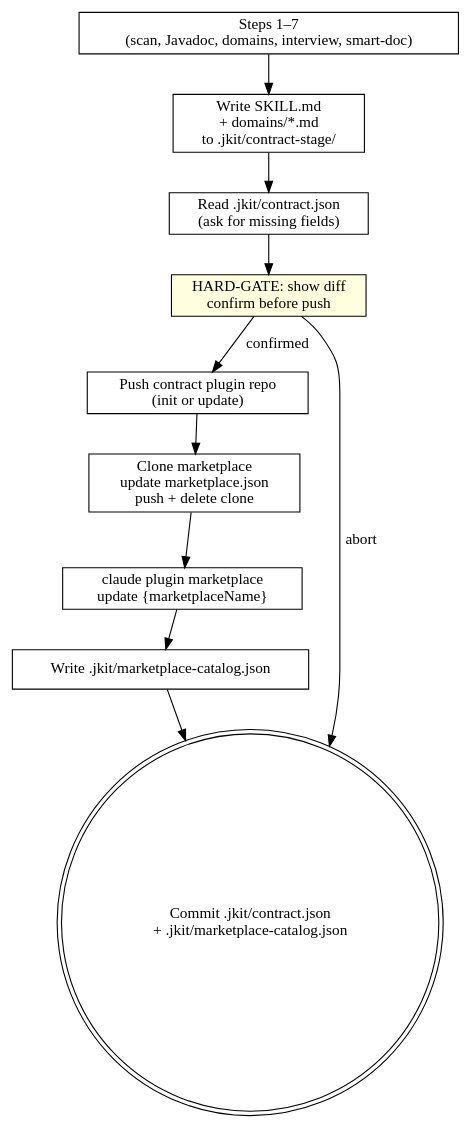
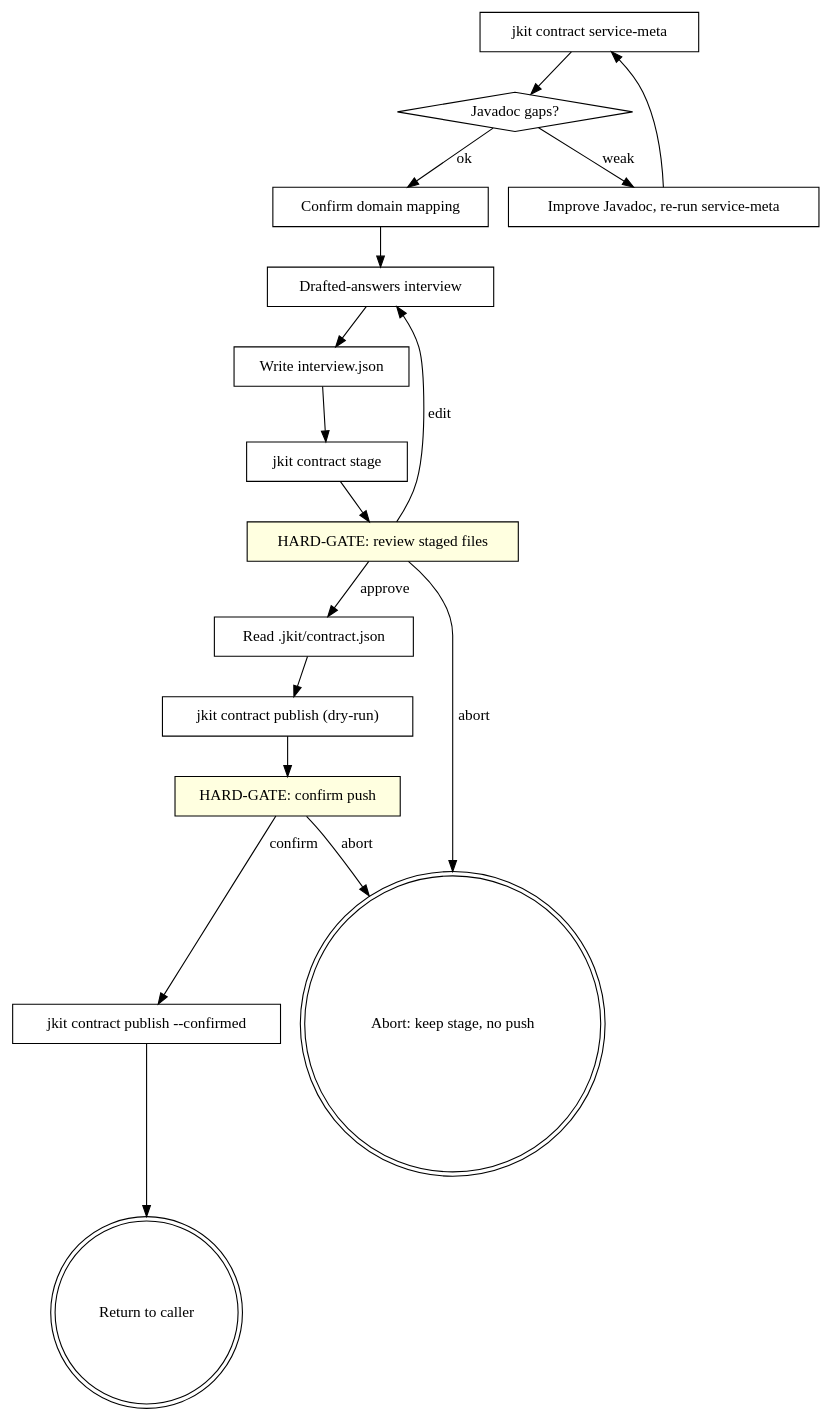
Before and after one commit to honghaowuu/jkit: the diagram in skills/publish-contract/SKILL.md, drawn with Graphviz. The commit also changed other lines of this file and 6 other files, not shown here.

First line of the commit message:
feat: add jkit contract PRD; rewrite publish-contract skill

````diff
--- a/skills/publish-contract/SKILL.md
+++ b/skills/publish-contract/SKILL.md
@@ -29,23 +35,35 @@
 ```dot
-digraph publish_contract_v2 {
-    "Steps 1–7\n(scan, Javadoc, domains, interview, smart-doc)" [shape=box];
-    "Write SKILL.md\n+ domains/*.md\nto .jkit/contract-stage/" [shape=box];
-    "Read .jkit/contract.json\n(ask for missing fields)" [shape=box];
-    "HARD-GATE: show diff\nconfirm before push" [shape=box style=filled fillcolor=lightyellow];
-    "Push contract plugin repo\n(init or update)" [shape=box];
-    "Clone marketplace\nupdate marketplace.json\npush + delete clone" [shape=box];
-    "claude plugin marketplace\nupdate {marketplaceName}" [shape=box];
-    "Write .jkit/marketplace-catalog.json" [shape=box];
-    "Commit .jkit/contract.json\n+ .jkit/marketplace-catalog.json" [shape=doublecircle];
+digraph publish_contract {
+    "jkit contract service-meta" [shape=box];
+    "Javadoc gaps?" [shape=diamond];
+    "Improve Javadoc, re-run service-meta" [shape=box];
+    "Confirm domain mapping" [shape=box];
+    "Drafted-answers interview" [shape=box];
+    "Write interview.json" [shape=box];
+    "jkit contract stage" [shape=box];
+    "HARD-GATE: review staged files" [shape=box style=filled fillcolor=lightyellow];
+    "Read .jkit/contract.json" [shape=box];
+    "jkit contract publish (dry-run)" [shape=box];
+    "HARD-GATE: confirm push" [shape=box style=filled fillcolor=lightyellow];
+    "jkit contract publish --confirmed" [shape=box];
+    "Return to caller" [shape=doublecircle];
+    "Abort: keep stage, no push" [shape=doublecircle];
 
-    "Steps 1–7\n(scan, Javadoc, domains, interview, smart-doc)" -> "Write SKILL.md\n+ domains/*.md\nto .jkit/contract-stage/";
-    "Write SKILL.md\n+ domains/*.md\nto .jkit/contract-stage/" -> "Read .jkit/contract.json\n(ask for missing fields)";
-    "Read .jkit/contract.json\n(ask for missing fields)" -> "HARD-GATE: show diff\nconfirm before push";
-    "HARD-GATE: show diff\nconfirm before push" -> "Push contract plugin repo\n(init or update)" [label="confirmed"];
-    "HARD-GATE: show diff\nconfirm before push" -> "Commit .jkit/contract.json\n+ .jkit/marketplace-catalog.json" [label="abort"];
-    "Push contract plugin repo\n(init or update)" -> "Clone marketplace\nupdate marketplace.json\npush + delete clone";
-    "Clone marketplace\nupdate marketplace.json\npush + delete clone" -> "claude plugin marketplace\nupdate {marketplaceName}";
-    "claude plugin marketplace\nupdate {marketplaceName}" -> "Write .jkit/marketplace-catalog.json";
-    "Write .jkit/marketplace-catalog.json" -> "Commit .jkit/contract.json\n+ .jkit/marketplace-catalog.json";
+    "jkit contract service-meta" -> "Javadoc gaps?";
+    "Javadoc gaps?" -> "Improve Javadoc, re-run service-meta" [label="weak"];
+    "Improve Javadoc, re-run service-meta" -> "jkit contract service-meta";
+    "Javadoc gaps?" -> "Confirm domain mapping" [label="ok"];
+    "Confirm domain mapping" -> "Drafted-answers interview";
+    "Drafted-answers interview" -> "Write interview.json";
+    "Write interview.json" -> "jkit contract stage";
+    "jkit contract stage" -> "HARD-GATE: review staged files";
+    "HARD-GATE: review staged files" -> "Read .jkit/contract.json" [label="approve"];
+    "HARD-GATE: review staged files" -> "Drafted-answers interview" [label="edit"];
+    "HARD-GATE: review staged files" -> "Abort: keep stage, no push" [label="abort"];
+    "Read .jkit/contract.json" -> "jkit contract publish (dry-run)";
+    "jkit contract publish (dry-run)" -> "HARD-GATE: confirm push";
+    "HARD-GATE: confirm push" -> "jkit contract publish --confirmed" [label="confirm"];
+    "HARD-GATE: confirm push" -> "Abort: keep stage, no push" [label="abort"];
+    "jkit contract publish --confirmed" -> "Return to caller";
 }
 ```
````
